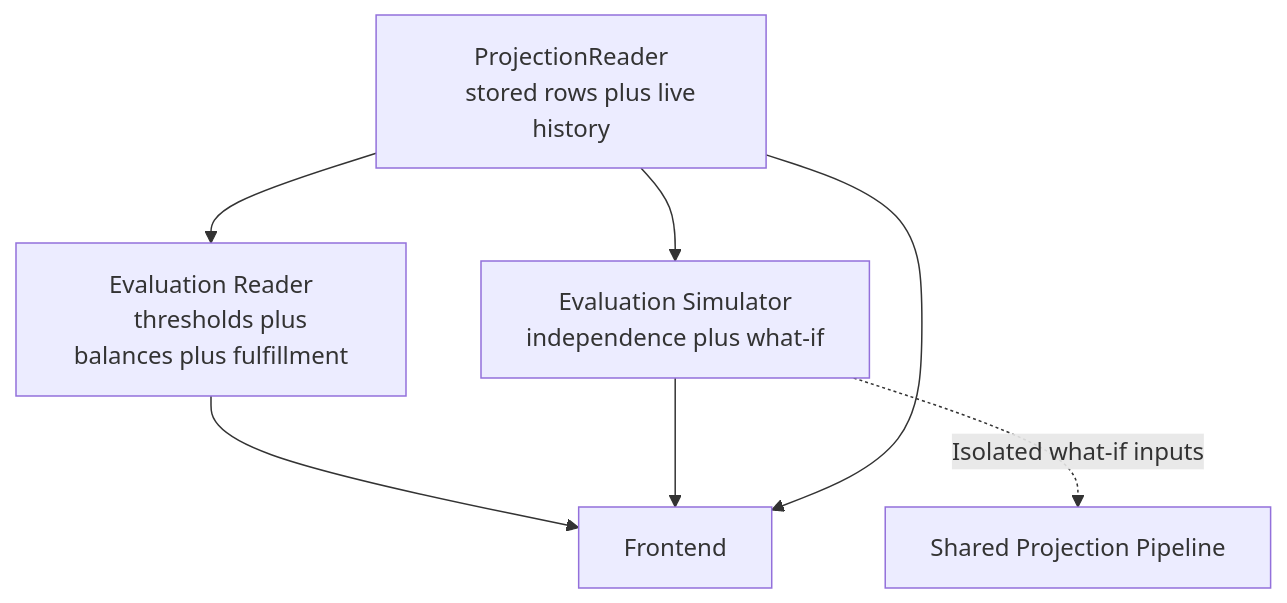
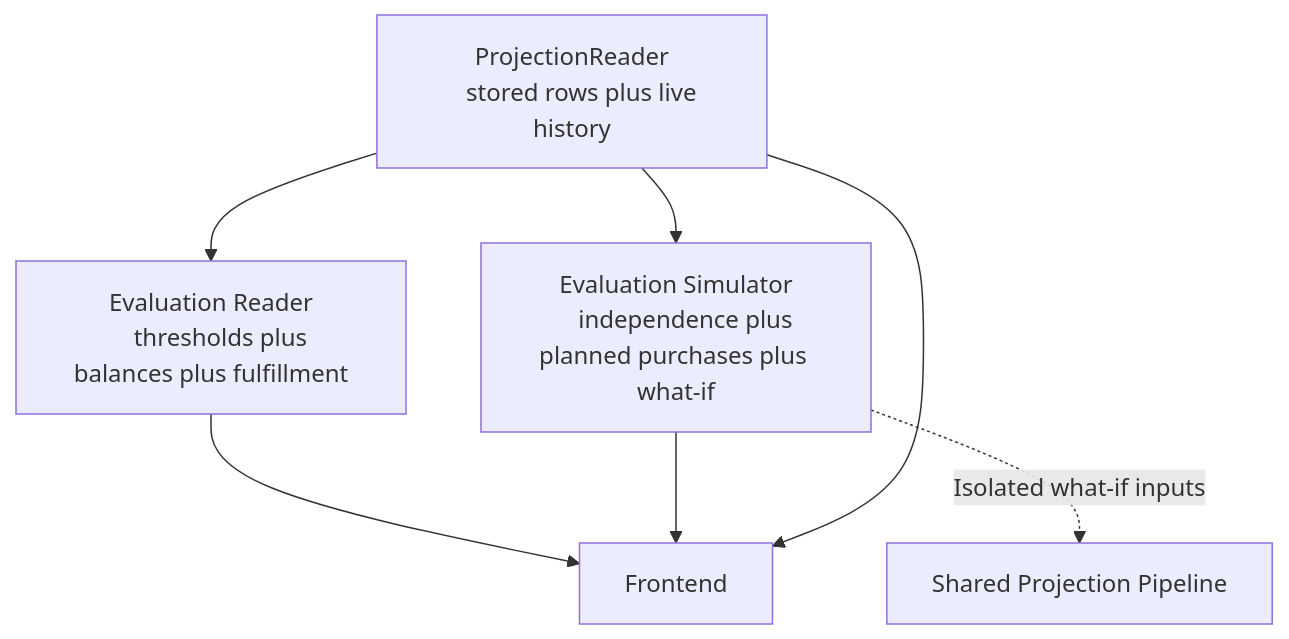
Before and after one commit to SimHoZebs/net-worth-estimator: the diagram in docs/diagrams/evaluation-plugins.mmd, drawn with Mermaid. The commit also changed 74 other files, not shown here.

```diff
--- a/docs/diagrams/evaluation-plugins.mmd
+++ b/docs/diagrams/evaluation-plugins.mmd
@@ -1,10 +1,10 @@
 flowchart TB
     READ["ProjectionReader
     stored rows plus live history"] --> READER["Evaluation Reader
     thresholds plus balances plus fulfillment"]
     READ --> SIM["Evaluation Simulator
-    independence plus what-if"]
+    independence plus planned purchases plus what-if"]
     SIM -.->|"Isolated what-if inputs"| PRE["Shared Projection Pipeline"]
     READER --> UI["Frontend"]
     SIM --> UI
     READ --> UI
```
